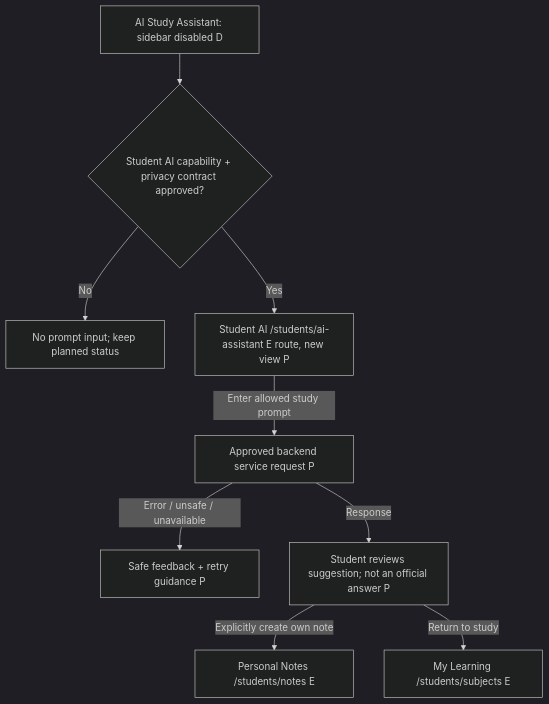
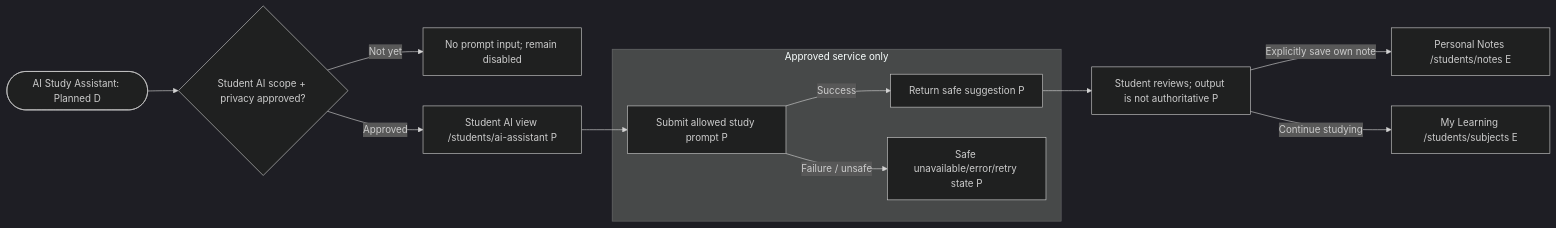
One commit to devCarlJoseph/owlio-app changed diagram 12 of 14 in OWLIO_STUDENT_SIDEBAR_WORKFLOW_PLAN.md. Above: the diagram before and after it, drawn with Mermaid (dark theme). The commit also changed other lines of this file and 1 other file, not shown here.

Commit message:
docs(workflows): render sidebar flows as grouped Mermaid diagrams

````diff
--- a/OWLIO_STUDENT_SIDEBAR_WORKFLOW_PLAN.md
+++ b/OWLIO_STUDENT_SIDEBAR_WORKFLOW_PLAN.md
@@ -536,11 +644,17 @@
 ```mermaid
-flowchart TD
-  D["AI Study Assistant: sidebar disabled D"] --> APPROVAL{"Student AI capability + privacy contract approved?"}
-  APPROVAL -->|"No"| WAIT["No prompt input; keep planned status"]
-  APPROVAL -->|"Yes"| AI["Student AI /students/ai-assistant E route, new view P"]
-  AI -->|"Enter allowed study prompt"| SEND["Approved backend service request P"]
-  SEND -->|"Error / unsafe / unavailable"| FEED["Safe feedback + retry guidance P"]
-  SEND -->|"Response"| REVIEW["Student reviews suggestion; not an official answer P"]
-  REVIEW -->|"Explicitly create own note"| NOTES["Personal Notes /students/notes E"]
-  REVIEW -->|"Return to study"| LEARN["My Learning /students/subjects E"]
+flowchart LR
+  D(["AI Study Assistant: Planned D"]) --> APPROVAL{"Student AI scope + privacy approved?"}
+  APPROVAL -->|"Not yet"| WAIT["No prompt input; remain disabled"]
+  APPROVAL -->|"Approved"| AI["Student AI view /students/ai-assistant P"]
+  subgraph SERVICE["Approved service only"]
+    SEND["Submit allowed study prompt P"]
+    RESPONSE["Return safe suggestion P"]
+    ERROR["Safe unavailable/error/retry state P"]
+    SEND -->|"Success"| RESPONSE
+    SEND -->|"Failure / unsafe"| ERROR
+  end
+  AI --> SEND
+  RESPONSE --> REVIEW["Student reviews; output is not authoritative P"]
+  REVIEW -->|"Explicitly save own note"| NOTES["Personal Notes /students/notes E"]
+  REVIEW -->|"Continue studying"| LEARN["My Learning /students/subjects E"]
 ```
````
